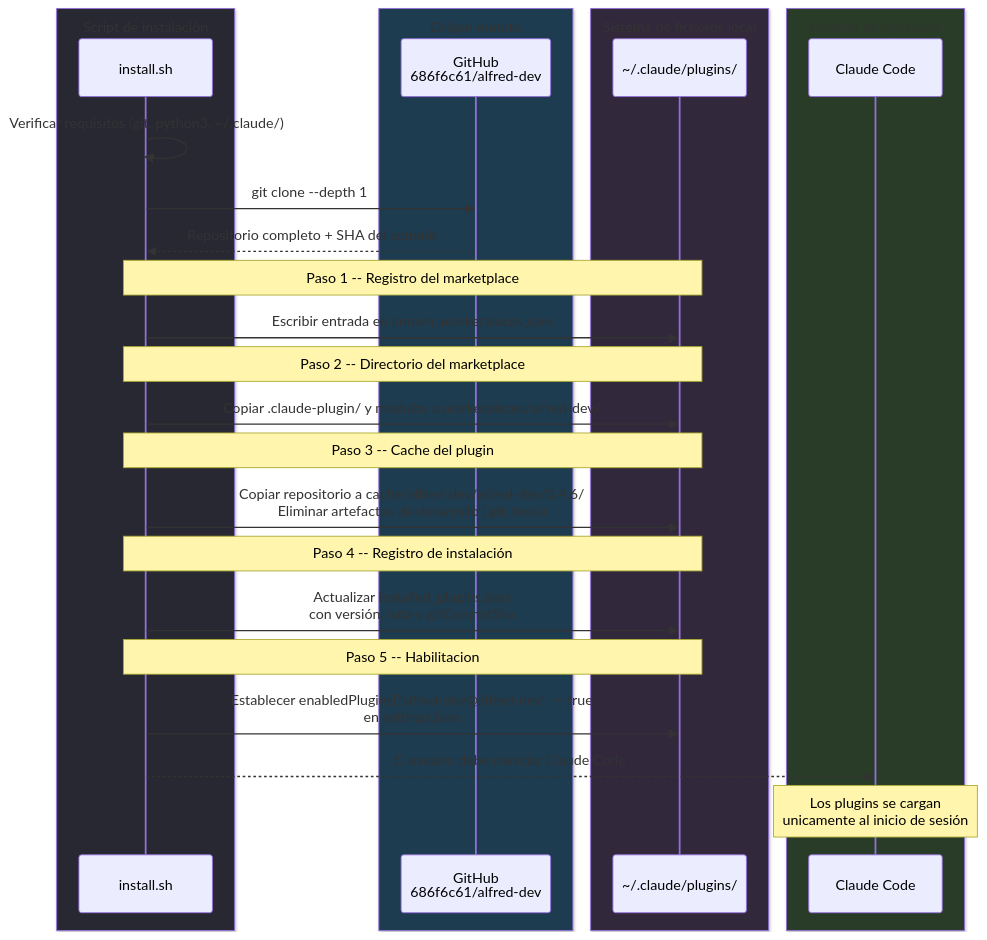
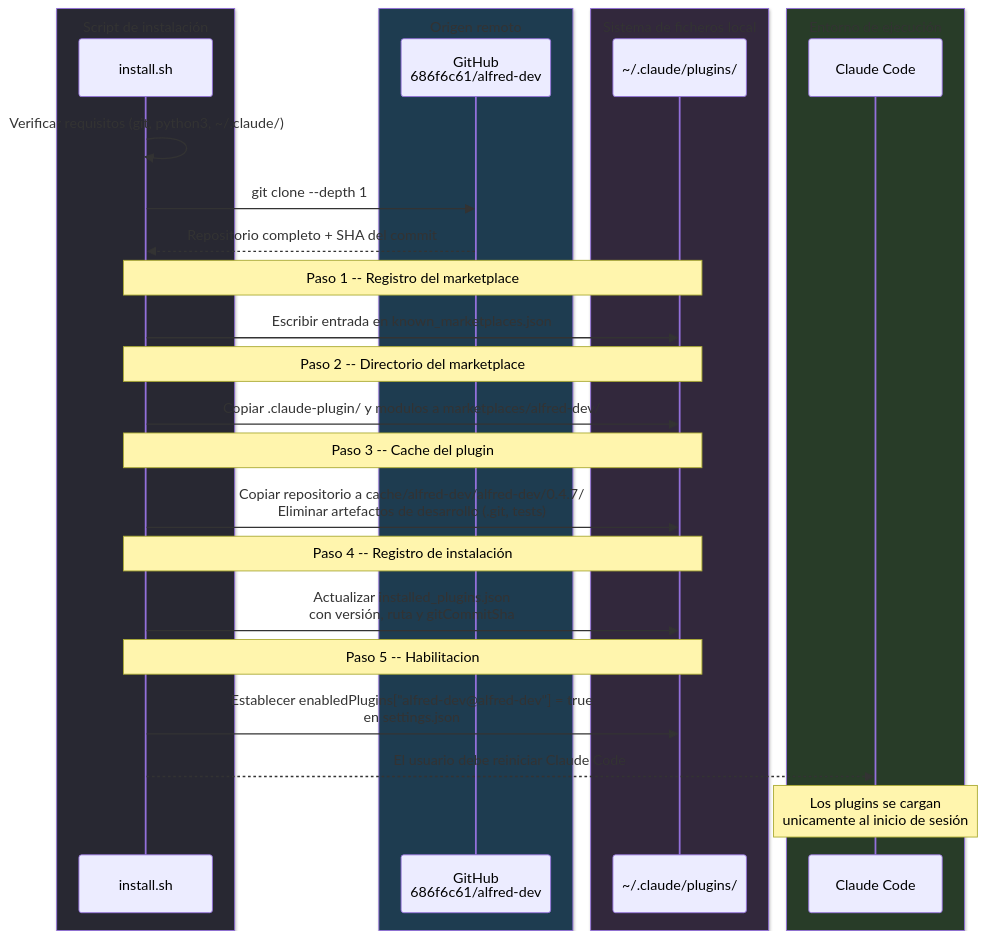
Before and after one commit to 686f6c61/alfred-dev: the diagram in docs/installation.md, drawn with Mermaid. The commit also changed other lines of this file and 13 other files, not shown here.

````diff
--- a/docs/installation.md
+++ b/docs/installation.md
@@ -114,37 +114,37 @@
 ```mermaid
 sequenceDiagram
     box rgb(40, 40, 50) Script de instalación
         participant S as install.sh
     end
     box rgb(30, 60, 80) Origen remoto
         participant GH as GitHub<br/>686f6c61/alfred-dev
     end
     box rgb(50, 40, 60) Sistema de ficheros local
         participant P as ~/.claude/plugins/
     end
     box rgb(40, 60, 40) Entorno de ejecución
         participant CC as Claude Code
     end
 
     S->>S: Verificar requisitos (git, python3, ~/.claude/)
     S->>GH: git clone --depth 1
     GH-->>S: Repositorio completo + SHA del commit
 
     Note over S,P: Paso 1 -- Registro del marketplace
     S->>P: Escribir entrada en known_marketplaces.json
 
     Note over S,P: Paso 2 -- Directorio del marketplace
     S->>P: Copiar .claude-plugin/ y modulos a marketplaces/alfred-dev/
 
     Note over S,P: Paso 3 -- Cache del plugin
-    S->>P: Copiar repositorio a cache/alfred-dev/alfred-dev/0.4.6/<br/>Eliminar artefactos de desarrollo (.git, tests)
+    S->>P: Copiar repositorio a cache/alfred-dev/alfred-dev/0.4.7/<br/>Eliminar artefactos de desarrollo (.git, tests)
 
     Note over S,P: Paso 4 -- Registro de instalación
     S->>P: Actualizar installed_plugins.json<br/>con versión, ruta y gitCommitSha
 
     Note over S,P: Paso 5 -- Habilitacion
     S->>P: Establecer enabledPlugins["alfred-dev@alfred-dev"] = true<br/>en settings.json
 
     S-->>CC: El usuario debe reiniciar Claude Code
     Note over CC: Los plugins se cargan<br/>unicamente al inicio de sesión
 ```
````
